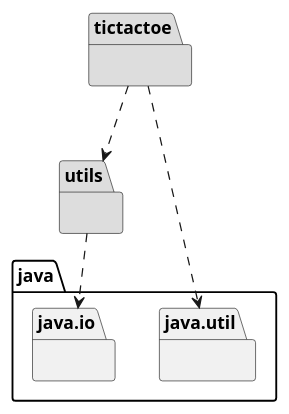
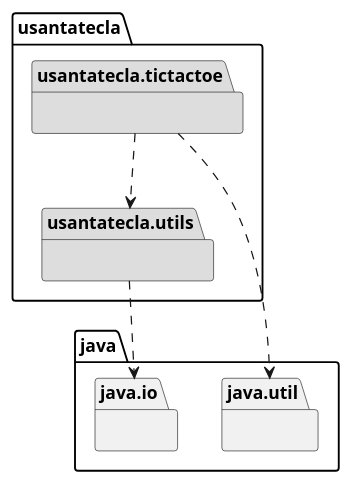
One commit to x-USantaTecla-game-ticTacToe/java changed the first of 4 diagrams in docs/src/docs/asciidoc/index.adoc. Above: the diagram before and after it, drawn with PlantUML. The commit also changed other lines of this file and 17 other files, not shown here.

```diff
--- a/docs/src/docs/asciidoc/index.adoc
+++ b/docs/src/docs/asciidoc/index.adoc
@@ -34,13 +34,13 @@
 [plantuml,version1Arquitectura,svg]
 ....
 
-package tictactoe #DDDDDD { } 
+package usantatecla.tictactoe #DDDDDD { } 
+package usantatecla.utils #DDDDDD { } 
 package java.util{ }
-tictactoe .down.> java.util
-tictactoe .down.> utils
+package java.io{ }
 
-package utils #DDDDDD { } 
-package java.io{ }
-utils .down.> java.io
+usantatecla.tictactoe .down.> java.util
+usantatecla.tictactoe .down.> usantatecla.utils
+usantatecla.utils .down.> java.io
 
 ....
```
